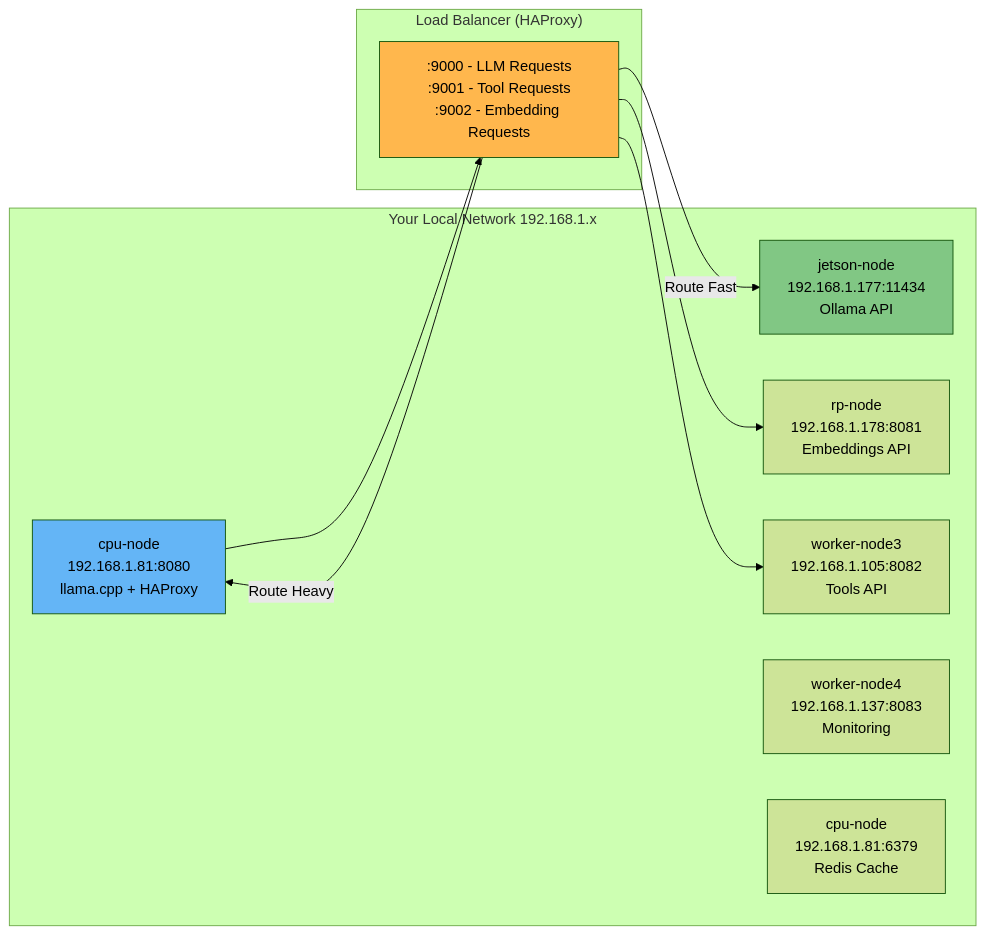
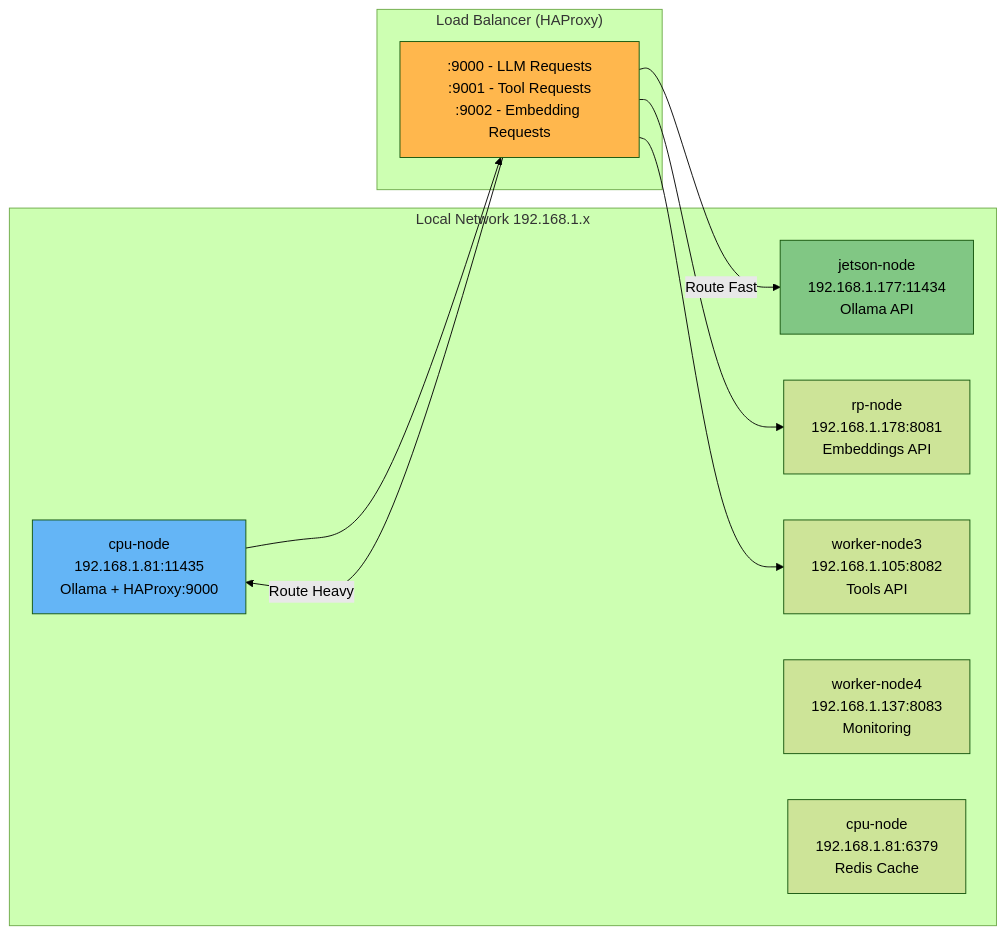
One commit to pavelkushtia/LangGraph changed the second of 6 diagrams in docs/architecture_diagrams.md. Above: the diagram before and after it, drawn with Mermaid (forest theme). The commit also changed other lines of this file and 2 other files, not shown here.

Commit message:
embeddings docs

````diff
--- a/docs/architecture_diagrams.md
+++ b/docs/architecture_diagrams.md
@@ -49,25 +49,25 @@
 ```mermaid
 graph LR
-    subgraph "Your Local Network 192.168.1.x"
-        J[jetson-node<br/>192.168.1.177:11434<br/>Ollama API]
-        C1[cpu-node<br/>192.168.1.81:8080<br/>llama.cpp + HAProxy]
-        C2[rp-node<br/>192.168.1.178:8081<br/>Embeddings API]
-        C3[worker-node3<br/>192.168.1.105:8082<br/>Tools API]
-        C4[worker-node4<br/>192.168.1.137:8083<br/>Monitoring]
-        C5[cpu-node<br/>192.168.1.81:6379<br/>Redis Cache]
+    subgraph "Local Network 192.168.1.x"
+        J["jetson-node<br/>192.168.1.177:11434<br/>Ollama API"]
+        C1["cpu-node<br/>192.168.1.81:11435<br/>Ollama + HAProxy:9000"]
+        C2["rp-node<br/>192.168.1.178:8081<br/>Embeddings API"]
+        C3["worker-node3<br/>192.168.1.105:8082<br/>Tools API"]
+        C4["worker-node4<br/>192.168.1.137:8083<br/>Monitoring"]
+        C5["cpu-node<br/>192.168.1.81:6379<br/>Redis Cache"]
     end
     
     subgraph "Load Balancer (HAProxy)"
         LB[":9000 - LLM Requests<br/>:9001 - Tool Requests<br/>:9002 - Embedding Requests"]
     end
     
     C1 --> LB
     LB -->|Route Fast| J
     LB -->|Route Heavy| C1
     LB --> C2
     LB --> C3
     
     style J fill:#81c784
     style C1 fill:#64b5f6
     style LB fill:#ffb74d
 ```
````
